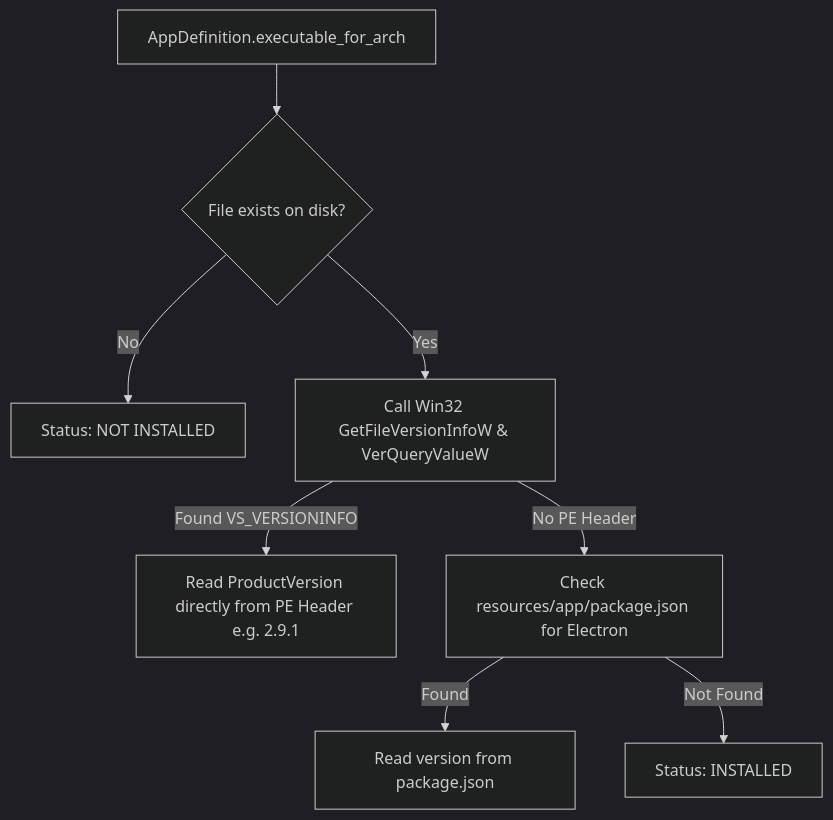
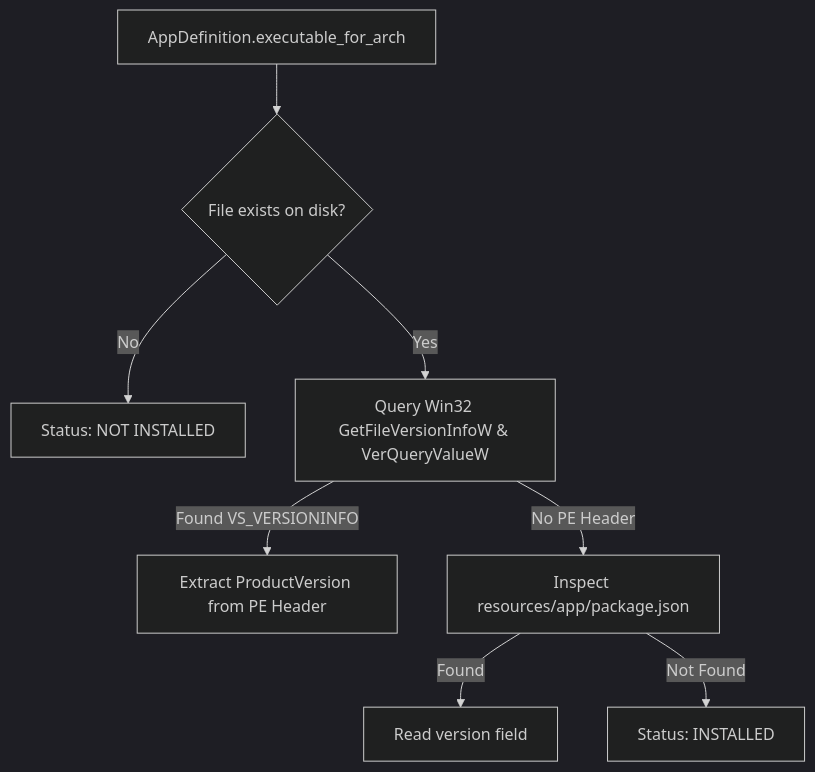
The second of 2 diagrams in ARCHITECTURE.md (AzmainMahatab/ppm), drawn with Mermaid (dark theme) before and after one commit. The commit also changed other lines of this file and 1 other file, not shown here.

Commit message:
docs: synchronize README and ARCHITECTURE with dual-layer hooks and test suite

````diff
--- a/ARCHITECTURE.md
+++ b/ARCHITECTURE.md
@@ -116,10 +116,10 @@
 ```mermaid
 graph TD
     Inspect["AppDefinition.executable_for_arch"] --> Exists{File exists on disk?}
     Exists -->|No| NotInstalled["Status: NOT INSTALLED"]
-    Exists -->|Yes| Win32PE["Call Win32 GetFileVersionInfoW & VerQueryValueW"]
-    Win32PE -->|Found VS_VERSIONINFO| ReadPE["Read ProductVersion directly from PE Header e.g. 2.9.1"]
-    Win32PE -->|No PE Header| PkgJson["Check resources/app/package.json for Electron"]
-    PkgJson -->|Found| ReadPkg["Read version from package.json"]
+    Exists -->|Yes| Win32PE["Query Win32 GetFileVersionInfoW & VerQueryValueW"]
+    Win32PE -->|Found VS_VERSIONINFO| ReadPE["Extract ProductVersion from PE Header"]
+    Win32PE -->|No PE Header| PkgJson["Inspect resources/app/package.json"]
+    PkgJson -->|Found| ReadPkg["Read version field"]
     PkgJson -->|Not Found| FoundFallback["Status: INSTALLED"]
 ```
````
